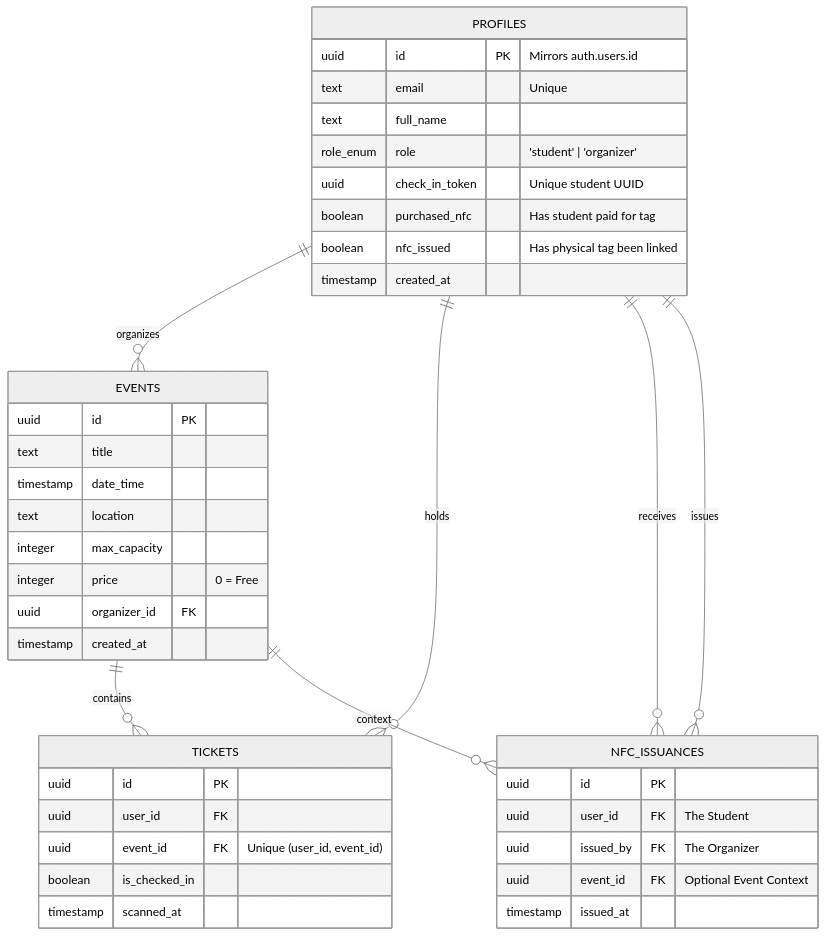
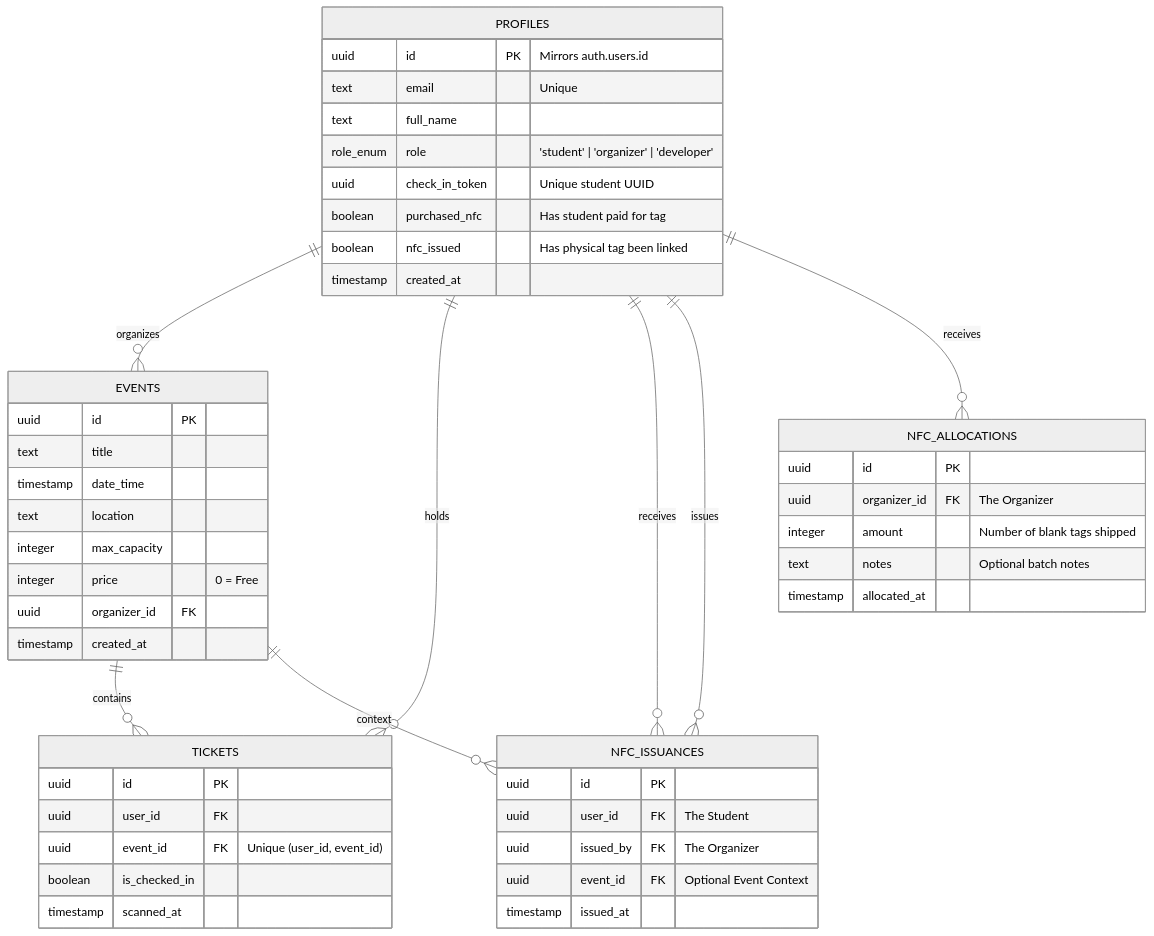
The first of 4 diagrams in PROJECT_CONTEXT.md (aungmoe32/CETDIS), drawn with Mermaid (neutral theme) before and after one commit. The commit also changed other lines of this file and 8 other files, not shown here.

First line of the commit message:
feat: add developer role and nfc inventory allocation

````diff
--- a/PROJECT_CONTEXT.md
+++ b/PROJECT_CONTEXT.md
@@ -40,47 +40,56 @@
 ```mermaid
 erDiagram
     PROFILES ||--o{ EVENTS : organizes
     PROFILES ||--o{ TICKETS : holds
     EVENTS ||--o{ TICKETS : contains
     PROFILES ||--o{ NFC_ISSUANCES : receives
     PROFILES ||--o{ NFC_ISSUANCES : issues
     EVENTS ||--o{ NFC_ISSUANCES : context
+    PROFILES ||--o{ NFC_ALLOCATIONS : receives
 
     PROFILES {
         uuid id PK "Mirrors auth.users.id"
         text email "Unique"
         text full_name
-        role_enum role "'student' | 'organizer'"
+        role_enum role "'student' | 'organizer' | 'developer'"
         uuid check_in_token "Unique student UUID"
         boolean purchased_nfc "Has student paid for tag"
         boolean nfc_issued "Has physical tag been linked"
         timestamp created_at
     }
 
     EVENTS {
         uuid id PK
         text title
         timestamp date_time
         text location
         integer max_capacity
         integer price "0 = Free"
         uuid organizer_id FK
         timestamp created_at
     }
 
     TICKETS {
         uuid id PK
         uuid user_id FK
         uuid event_id FK "Unique (user_id, event_id)"
         boolean is_checked_in
         timestamp scanned_at
     }
 
     NFC_ISSUANCES {
         uuid id PK
         uuid user_id FK "The Student"
         uuid issued_by FK "The Organizer"
         uuid event_id FK "Optional Event Context"
         timestamp issued_at
     }
+
+    NFC_ALLOCATIONS {
+        uuid id PK
+        uuid organizer_id FK "The Organizer"
+        integer amount "Number of blank tags shipped"
+        text notes "Optional batch notes"
+        timestamp allocated_at
+    }
 ```
````
